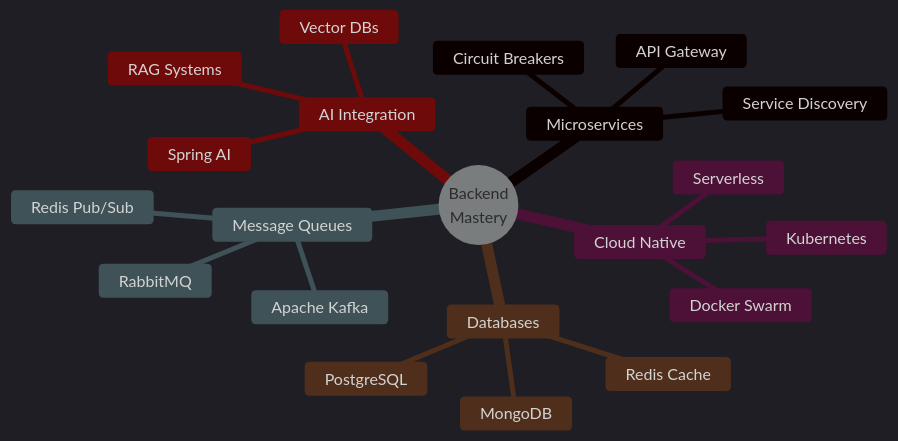
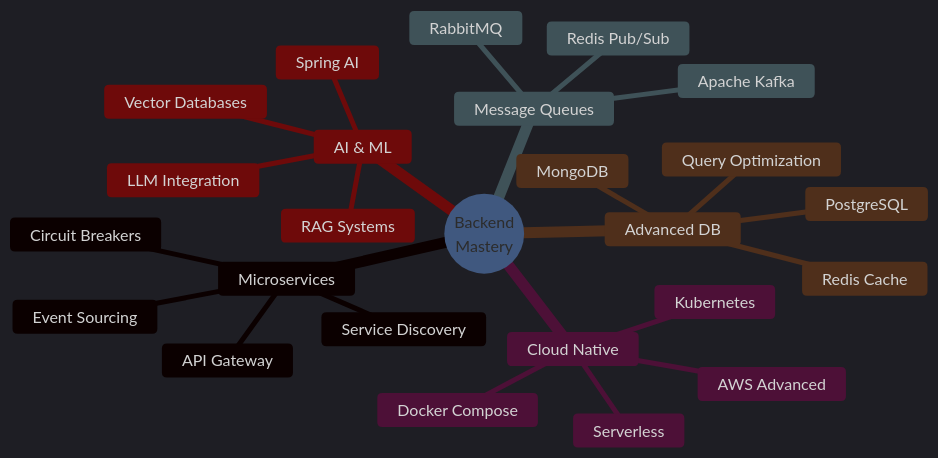
Before and after one commit to Sumeet-Y1/Sumeet-Y1: the second of 2 diagrams in README.md, drawn with Mermaid. The commit also changed other lines of this file, not shown here.

````diff
--- a/README.md
+++ b/README.md
@@ -260,26 +406,30 @@
 ```mermaid
-%%{init: {'theme':'dark'}}%%
+%%{init: {'theme':'dark', 'themeVariables': { 'primaryColor': '#6366f1', 'primaryTextColor': '#fff', 'primaryBorderColor': '#6366f1', 'lineColor': '#6366f1', 'secondaryColor': '#1e293b', 'tertiaryColor': '#0f172a'}}}%%
 mindmap
   root((Backend
     Mastery))
     Microservices
       Service Discovery
       API Gateway
       Circuit Breakers
+      Event Sourcing
     Cloud Native
       Kubernetes
-      Docker Swarm
+      Docker Compose
       Serverless
+      AWS Advanced
     Message Queues
       RabbitMQ
       Apache Kafka
       Redis Pub/Sub
-    Databases
+    Advanced DB
       PostgreSQL
       MongoDB
       Redis Cache
-    AI Integration
+      Query Optimization
+    AI & ML
       Spring AI
-      Vector DBs
+      Vector Databases
       RAG Systems
+      LLM Integration
 ```
````
